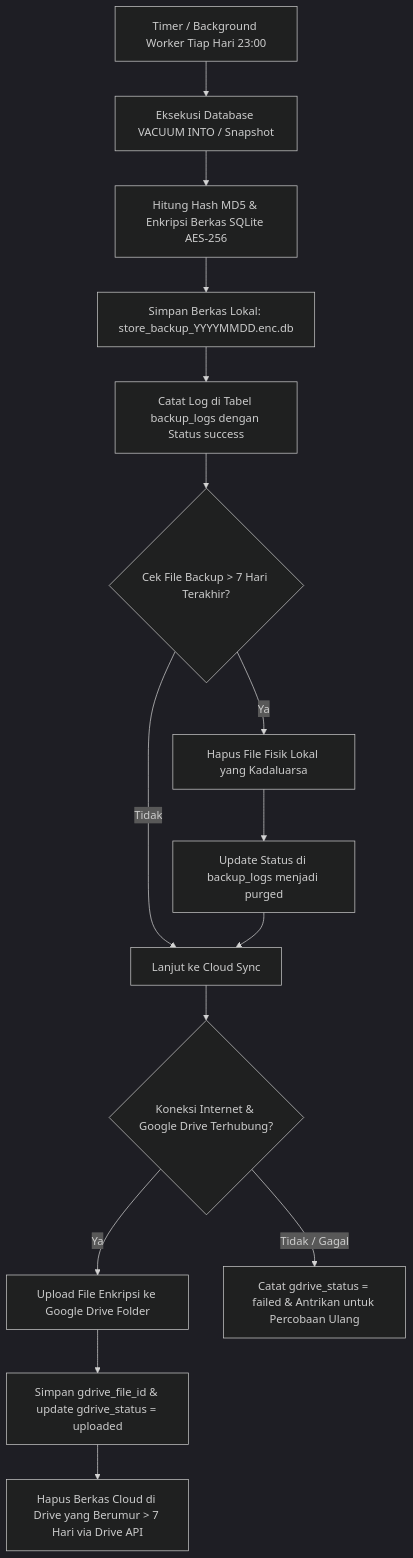
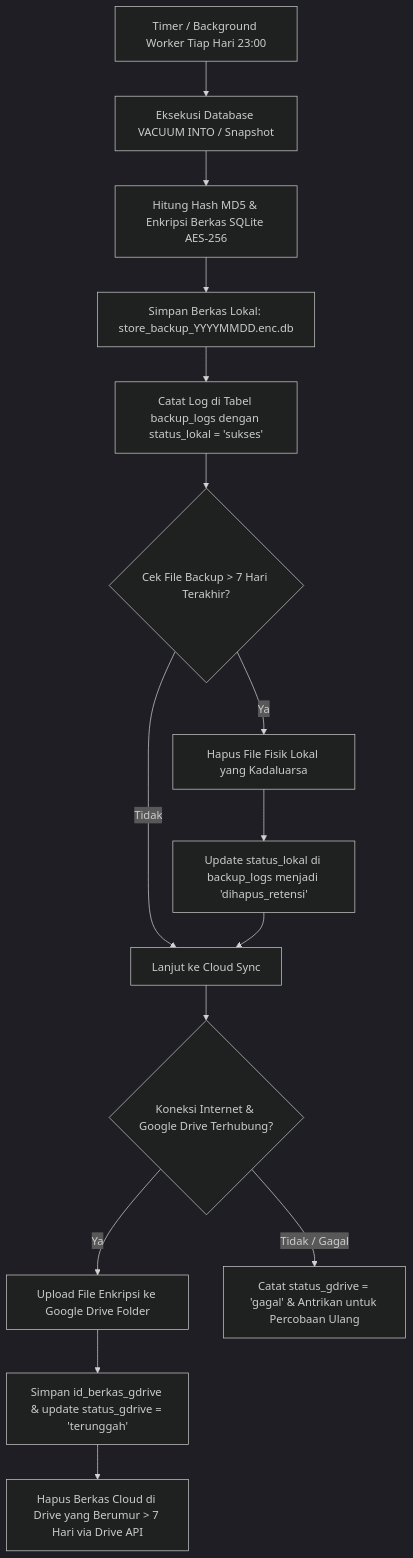
One commit to dataprojectobenk/Obenk-Project changed the eighth of 8 diagrams in .markdown/DATABASE_SCHEMA_STORE_POS.md. Above: the diagram before and after it, drawn with Mermaid (dark theme). The commit also changed other lines of this file and 1 other file, not shown here.

````diff
--- a/.markdown/DATABASE_SCHEMA_STORE_POS.md
+++ b/.markdown/DATABASE_SCHEMA_STORE_POS.md
@@ -822,21 +1369,21 @@
 ```mermaid
 flowchart TD
     A[Timer / Background Worker Tiap Hari 23:00] --> B[Eksekusi Database VACUUM INTO / Snapshot]
     B --> C[Hitung Hash MD5 & Enkripsi Berkas SQLite AES-256]
     C --> D[Simpan Berkas Lokal: store_backup_YYYYMMDD.enc.db]
-    D --> E[Catat Log di Tabel backup_logs dengan Status success]
+    D --> E[Catat Log di Tabel backup_logs dengan status_lokal = 'sukses']
     
     %% Siklus Purging 7 Hari
     E --> F{Cek File Backup > 7 Hari Terakhir?}
     F -- Ya --> G[Hapus File Fisik Lokal yang Kadaluarsa]
-    G --> H[Update Status di backup_logs menjadi purged]
+    G --> H[Update status_lokal di backup_logs menjadi 'dihapus_retensi']
     F -- Tidak --> I[Lanjut ke Cloud Sync]
     H --> I
     
     %% Cloud Google Drive Sync
     I --> J{Koneksi Internet & Google Drive Terhubung?}
     J -- Ya --> K[Upload File Enkripsi ke Google Drive Folder]
-    K --> L[Simpan gdrive_file_id & update gdrive_status = uploaded]
+    K --> L[Simpan id_berkas_gdrive & update status_gdrive = 'terunggah']
     L --> M[Hapus Berkas Cloud di Drive yang Berumur > 7 Hari via Drive API]
-    J -- Tidak / Gagal --> N[Catat gdrive_status = failed & Antrikan untuk Percobaan Ulang]
+    J -- Tidak / Gagal --> N[Catat status_gdrive = 'gagal' & Antrikan untuk Percobaan Ulang]
 ```
````
